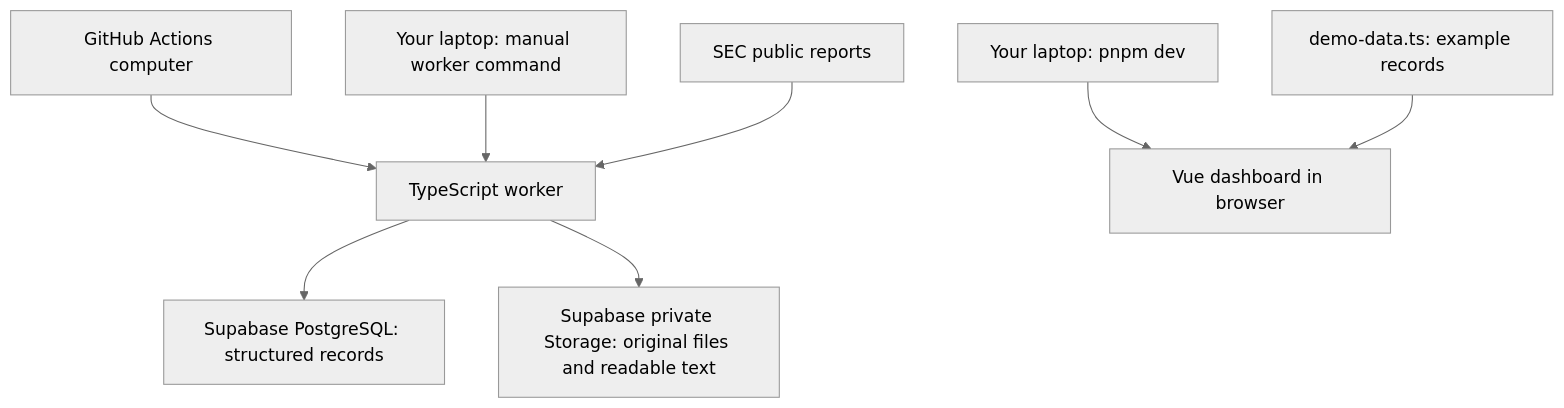
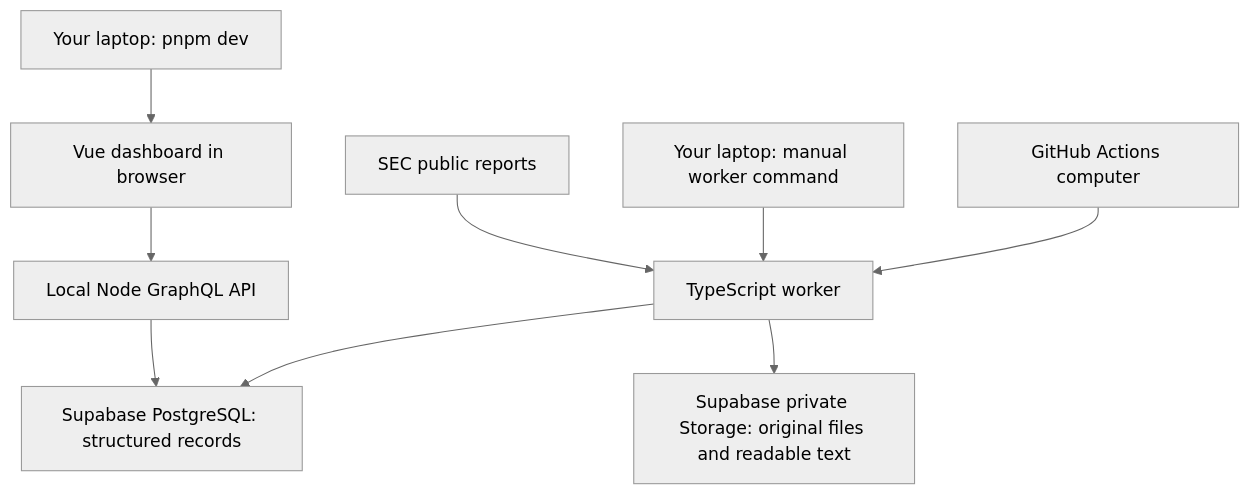
Before and after one commit to thstamod/chiron-core: the second of 16 diagrams in docs/visual-guide.md, drawn with Mermaid (neutral theme). The commit also changed other lines of this file and 10 other files, not shown here.

````diff
--- a/docs/visual-guide.md
+++ b/docs/visual-guide.md
@@ -29,10 +31,11 @@
 ```mermaid
 flowchart TD
     GH[GitHub Actions computer] --> W[TypeScript worker]
     L[Your laptop: manual worker command] --> W
     SEC[SEC public reports] --> W
     W --> DB[Supabase PostgreSQL: structured records]
     W --> ST[Supabase private Storage: original files and readable text]
     DEV[Your laptop: pnpm dev] --> V[Vue dashboard in browser]
-    DEMO[demo-data.ts: example records] --> V
+    V --> API[Local Node GraphQL API]
+    API --> DB
 ```
````
